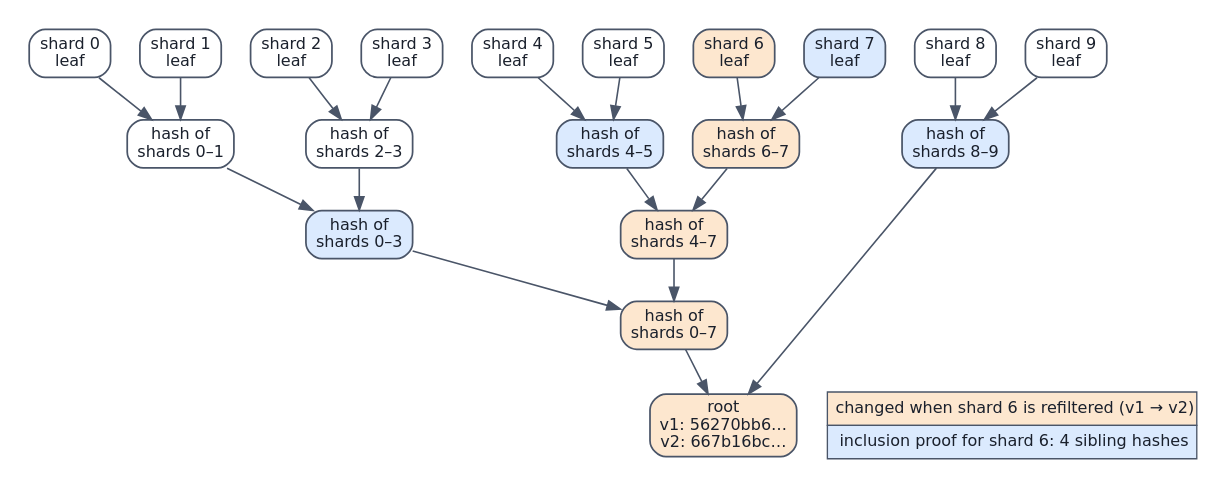
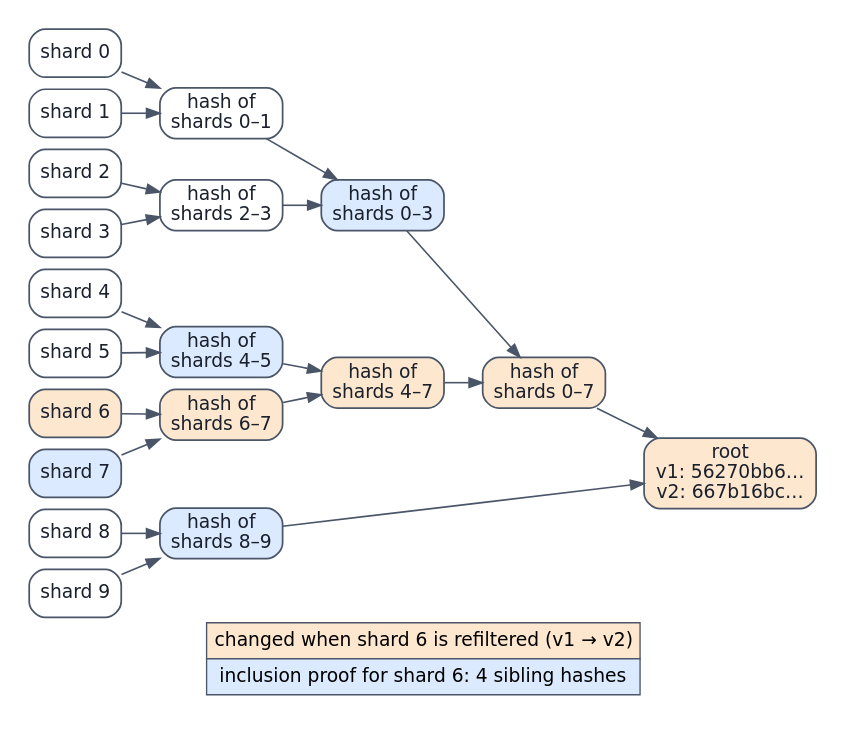
One commit to Beaker12/llmatlas changed the diagram in chapters/05-dataset-management/figures/merkle.dot. Above: the diagram before and after it, drawn with Graphviz. The commit also changed 8 other files, not shown here.

First line of the commit message:
Chapter 5: legible Merkle and shard-layout figures, n_ranks in the rank listing, exercise 4 expectations

```diff
--- a/chapters/05-dataset-management/figures/merkle.dot
+++ b/chapters/05-dataset-management/figures/merkle.dot
@@ -1,44 +1,42 @@
 digraph merkle {
-  graph [fontname="DejaVu Sans", fontsize=13, nodesep=0.3, ranksep=0.45, pad=0.2];
-  node [fontname="DejaVu Sans", fontsize=12, fontcolor="#1a202c", shape=box, style="rounded,filled", fillcolor="#ffffff", color="#4a5568", penwidth=1.3]; edge [fontname="DejaVu Sans", fontsize=11, fontcolor="#1a202c", color="#4a5568", penwidth=1.2];
-  L0 [label="shard 0\nleaf", fillcolor="#ffffff"];
-  L1 [label="shard 1\nleaf", fillcolor="#ffffff"];
-  L2 [label="shard 2\nleaf", fillcolor="#ffffff"];
-  L3 [label="shard 3\nleaf", fillcolor="#ffffff"];
-  L4 [label="shard 4\nleaf", fillcolor="#ffffff"];
-  L5 [label="shard 5\nleaf", fillcolor="#ffffff"];
-  L6 [label="shard 6\nleaf", fillcolor="#fde7cf"];
-  L7 [label="shard 7\nleaf", fillcolor="#dbeafe"];
-  L8 [label="shard 8\nleaf", fillcolor="#ffffff"];
-  L9 [label="shard 9\nleaf", fillcolor="#ffffff"];
+  graph [label=<<TABLE BORDER="0" CELLBORDER="1" CELLSPACING="0" CELLPADDING="5" COLOR="#4a5568"><TR><TD BGCOLOR="#fde7cf">changed when shard 6 is refiltered (v1 → v2)</TD></TR><TR><TD BGCOLOR="#dbeafe">inclusion proof for shard 6: 4 sibling hashes</TD></TR></TABLE>>, fontname="DejaVu Sans", fontsize=14, rankdir=LR, nodesep=0.12, ranksep=0.4, pad=0.2, labelloc=b];
+  node [fontname="DejaVu Sans", fontsize=14, fontcolor="#1a202c", shape=box, style="rounded,filled", fillcolor="#ffffff", color="#4a5568", penwidth=1.3]; edge [fontname="DejaVu Sans", fontsize=13, fontcolor="#1a202c", color="#4a5568", penwidth=1.2];
+  L0 [label="shard 0", fillcolor="#ffffff"];
+  L1 [label="shard 1", fillcolor="#ffffff"];
+  L2 [label="shard 2", fillcolor="#ffffff"];
+  L3 [label="shard 3", fillcolor="#ffffff"];
+  L4 [label="shard 4", fillcolor="#ffffff"];
+  L5 [label="shard 5", fillcolor="#ffffff"];
+  L6 [label="shard 6", fillcolor="#fde7cf"];
+  L7 [label="shard 7", fillcolor="#dbeafe"];
+  L8 [label="shard 8", fillcolor="#ffffff"];
+  L9 [label="shard 9", fillcolor="#ffffff"];
   L0 -> N0_1;
   L1 -> N0_1;
   L2 -> N2_3;
   L3 -> N2_3;
   L4 -> N4_5;
   L5 -> N4_5;
   L6 -> N6_7;
   L7 -> N6_7;
   L8 -> N8_9;
   L9 -> N8_9;
   N0_1 -> N0_3;
   N2_3 -> N0_3;
   N4_5 -> N4_7;
   N6_7 -> N4_7;
   N0_3 -> N0_7;
   N4_7 -> N0_7;
   N0_7 -> N0_9;
   N8_9 -> N0_9;
   N0_1 [label="hash of\nshards 0–1", fillcolor="#ffffff"];
   N2_3 [label="hash of\nshards 2–3", fillcolor="#ffffff"];
   N4_5 [label="hash of\nshards 4–5", fillcolor="#dbeafe"];
   N6_7 [label="hash of\nshards 6–7", fillcolor="#fde7cf"];
   N8_9 [label="hash of\nshards 8–9", fillcolor="#dbeafe"];
   N0_3 [label="hash of\nshards 0–3", fillcolor="#dbeafe"];
   N4_7 [label="hash of\nshards 4–7", fillcolor="#fde7cf"];
   N0_7 [label="hash of\nshards 0–7", fillcolor="#fde7cf"];
   N0_9 [label="root\nv1: 56270bb6…\nv2: 667b16bc…", fillcolor="#fde7cf"];
-  key [shape=plain, style="", label=<<TABLE BORDER="0" CELLBORDER="1" CELLSPACING="0" CELLPADDING="5" COLOR="#4a5568"><TR><TD BGCOLOR="#fde7cf">changed when shard 6 is refiltered (v1 → v2)</TD></TR><TR><TD BGCOLOR="#dbeafe">inclusion proof for shard 6: 4 sibling hashes</TD></TR></TABLE>>];
-  {rank=same; key; N0_9}
   {rank=same; L0 -> L1 -> L2 -> L3 -> L4 -> L5 -> L6 -> L7 -> L8 -> L9 [style=invis];}
 }
```
